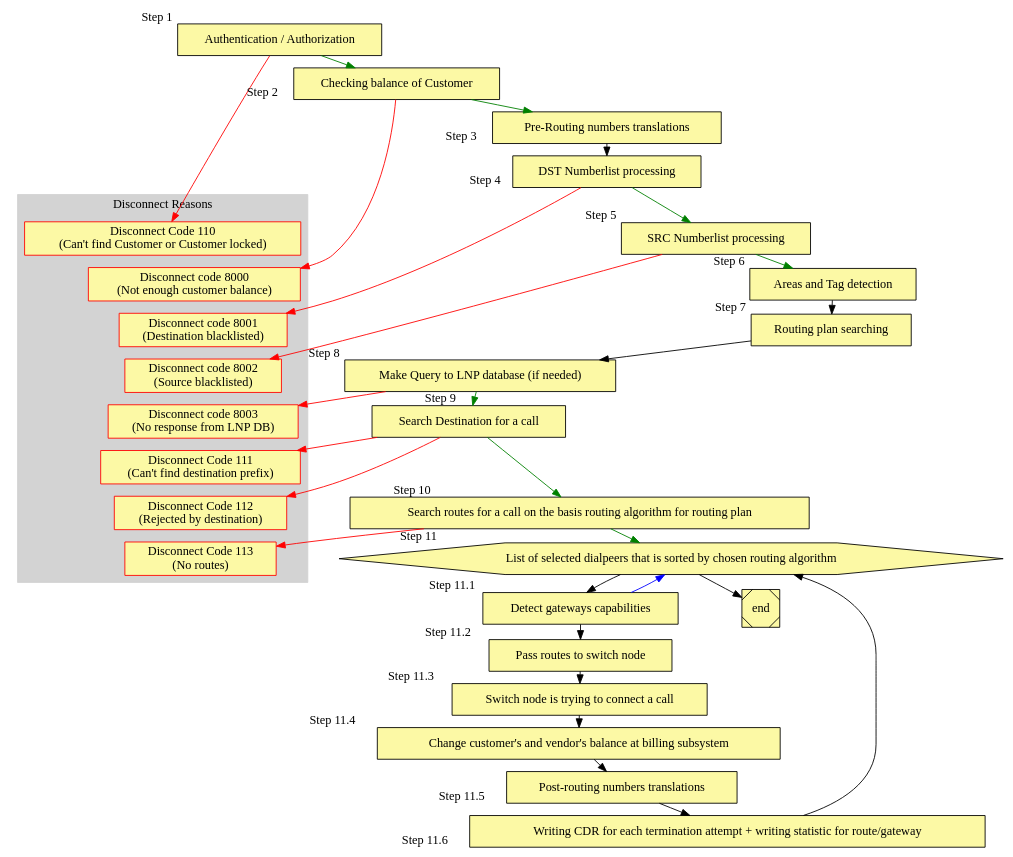
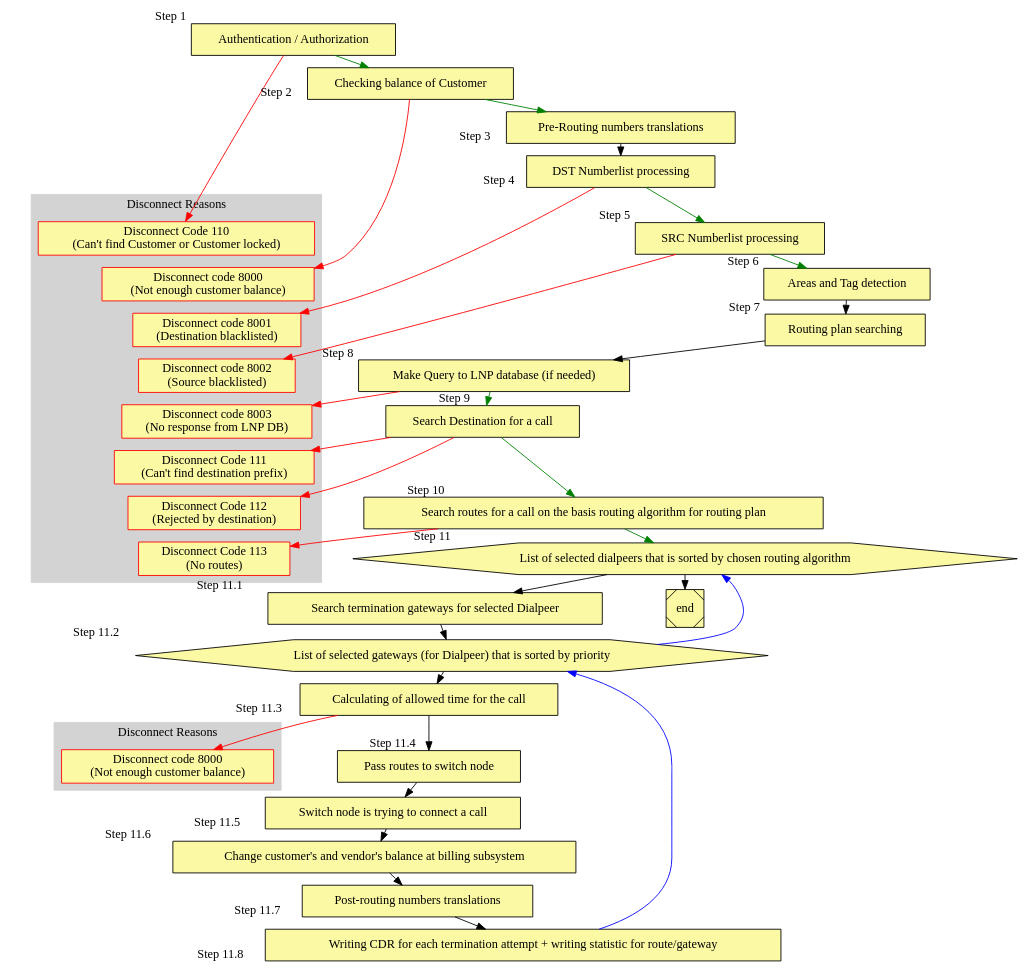
The diagram in docs/en/graphviz/general.dot (yeti-switch/doc), drawn with Graphviz before and after one commit. The commit also changed 2 other files, not shown here.

```diff
--- a/docs/en/graphviz/general.dot
+++ b/docs/en/graphviz/general.dot
@@ -1,81 +1,101 @@
 digraph General {
 
     node [style=filled; fillcolor="#FCF9A5"];
     graph [nodesep=1, ranksep=0.2, mindist=0.5];
 
     subgraph cluster_DC {
         style=filled;
         color=lightgrey;
         node [style=filled,color=red];
 
         reason1 [label = "Disconnect Code 110 \n(Can't find Customer or Customer locked)"; shape=box; sides=4 ];
         reason2 [label = "Disconnect code 8000 \n(Not enough customer balance)"; shape=box; sides=4 ];
         reason3 [label = "Disconnect code 8001 \n(Destination blacklisted)"; shape=box; sides=4 ];
         reason4 [label = "Disconnect code 8002 \n(Source blacklisted)"; shape=box; sides=4 ];
         reason5 [label = "Disconnect code 8003 \n(No response from LNP DB)"; shape=box; sides=4 ];
         reason6 [label = "Disconnect Code 111 \n(Can't find destination prefix)"; shape=box; sides=4 ];
         reason7 [label = "Disconnect Code 112 \n(Rejected by destination)"; shape=box; sides=4 ];
         reason8 [label = "Disconnect Code 113 \n(No routes)"; shape=box; sides=4 ];
 
         reason1->reason2 [style=invis];
         reason2->reason3 [style=invis];
         reason3->reason4 [style=invis];
         reason4->reason5 [style=invis];
         reason5->reason6 [style=invis];
         reason6->reason7 [style=invis];
         reason7->reason8 [style=invis];
         label = "Disconnect Reasons";
     }
 
+    subgraph cluster_DC2 {
+        style=filled;
+        color=lightgrey;
+        node [style=filled,color=red];
+
+        reason9 [label = "Disconnect code 8000 \n(Not enough customer balance)"; shape=box; sides=4 ];
+
+        label = "Disconnect Reasons";
+    }
+
 
     block1 [label = "Authentication / Authorization"; xlabel = "Step 1"; shape=box; sides=4 ];
     block2 [label = "Checking balance of Customer"; xlabel = "Step 2   "; shape=box; sides=4 ];
     block3 [label = "Pre-Routing numbers translations"; xlabel = "Step 3   "; shape=box; sides=4 ];
     block4 [label = "DST Numberlist processing"; xlabel = "Step 4  "; shape=box; sides=4 ];
     block5 [label = "SRC Numberlist processing"; xlabel = "Step 5"; shape=box; sides=4 ];
     block6 [label = "Areas and Tag detection"; xlabel = "Step 6"; shape=box; sides=4 ];
     block7 [label = "Routing plan searching"; xlabel = "Step 7"; shape=box; sides=4 ];
     block8 [label = "Make Query to LNP database (if needed)"; xlabel = "Step 8"; shape=box; sides=4 ];
     block9 [label = "Search Destination for a call"; xlabel = "              Step 9"; shape=box; sides=4 ];
     block10 [label = "Search routes for a call on the basis routing algorithm for routing plan"; xlabel = "           Step 10"; shape=box; sides=4 ];
 
     block11 [label = "List of selected dialpeers that is sorted by chosen routing algorithm"; xlabel = "                Step 11"; shape=hexagon];
-    block12 [label = "Detect gateways capabilities"; xlabel = "Step 11.1"; shape=box; sides=4 ];
-    block13 [label = "Pass routes to switch node"; xlabel = "Step 11.2   "; shape=box; sides=4 ];
-    block14 [label = "Switch node is trying to connect a call"; xlabel = "Step 11.3   "; shape=box; sides=4 ];
-    block15 [label = "Change customer's and vendor's balance at billing subsystem"; xlabel = "Step 11.4    "; shape=box; sides=4 ];
-    block16 [label = "Post-routing numbers translations"; xlabel = "Step 11.5    "; shape=box; sides=4 ];
-    block17 [label = "Writing CDR for each termination attempt + writing statistic for route/gateway"; xlabel = "Step 11.6    "; shape=box; sides=4 ];
+
+    block12 [label = "Search termination gateways for selected Dialpeer"; xlabel = "Step 11.1     "; shape=box; sides=4 ];
+
+    block13 [label = "List of selected gateways (for Dialpeer) that is sorted by priority"; xlabel = "                Step 11.2"; shape=hexagon];
+
+    block14 [label = "Calculating of allowed time for the call"; xlabel = "Step 11.3   "; shape=box; sides=4 ];
+
+    block15 [label = "Pass routes to switch node"; xlabel = "       Step 11.4   "; shape=box; sides=4 ];
+    block16 [label = "Switch node is trying to connect a call"; xlabel = "\nStep 11.5     "; shape=box; sides=4 ];
+    block17 [label = "Change customer's and vendor's balance at billing subsystem"; xlabel = "Step 11.6    "; shape=box; sides=4 ];
+    block18 [label = "Post-routing numbers translations"; xlabel = "Step 11.7    "; shape=box; sides=4 ];
+    block19 [label = "Writing CDR for each termination attempt + writing statistic for route/gateway"; xlabel = "Step 11.8    "; shape=box; sides=4 ];
     end [shape=Msquare];
 
     block1 -> block2 [color=green];
     block1 -> reason1 [color=red];
 
     block2 -> block3 [color=green];
     block2 -> reason2 [color=red];
     block3 -> block4 [color=black];
     block4 -> block5 [color=green];
     block4 -> reason3 [color=red];
     block5 -> block6 [color=green];
     block5 -> reason4 [color=red];
     block6 -> block7 [color=black];
     block7 -> block8 [color=black];
     block8 -> block9 [color=green];
     block8 -> reason5 [color=red];
     block9 -> block10 [color=green];
     block9 -> reason6 [color=red];
     block9 -> reason7 [color=red];
     block10 -> block11 [color=green];
     block10 -> reason8 [color=red];
     block11 -> block12 [color=black];
     block12 -> block13 [color=black];
-    block12 -> block11 [color=blue];
     block13 -> block14 [color=black];
     block14 -> block15 [color=black];
+    block14 -> reason9 [color=red];
     block15 -> block16 [color=black];
     block16 -> block17 [color=black];
-    block17 -> block11 [color=black];
+    block17 -> block18 [color=black];
+    block18 -> block19 [color=black];
+    block19 -> block13 [color=blue];
+    block13 -> block11 [color=blue];
+
     block11 -> end [color=black];
 
 
 }
```
